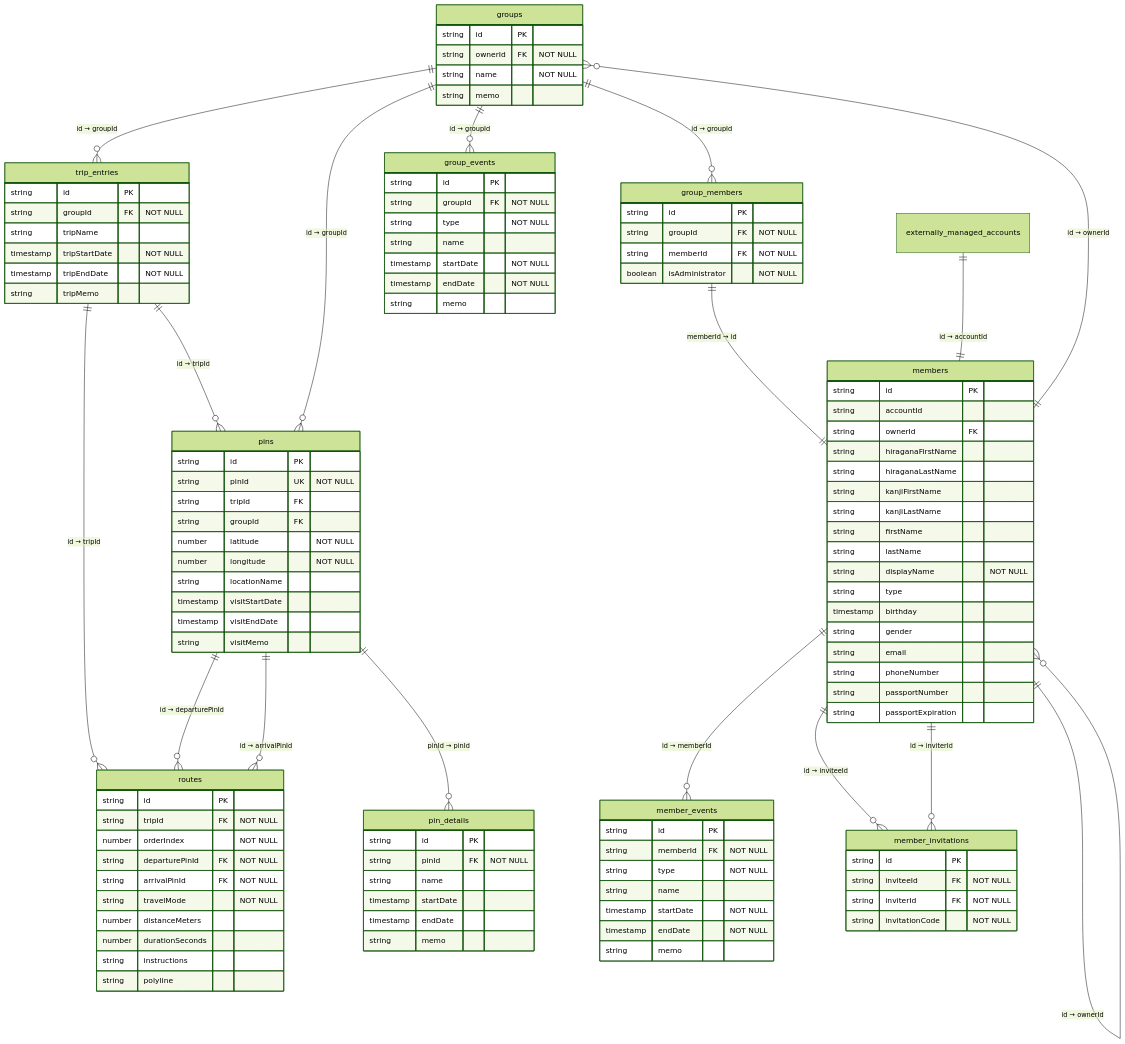
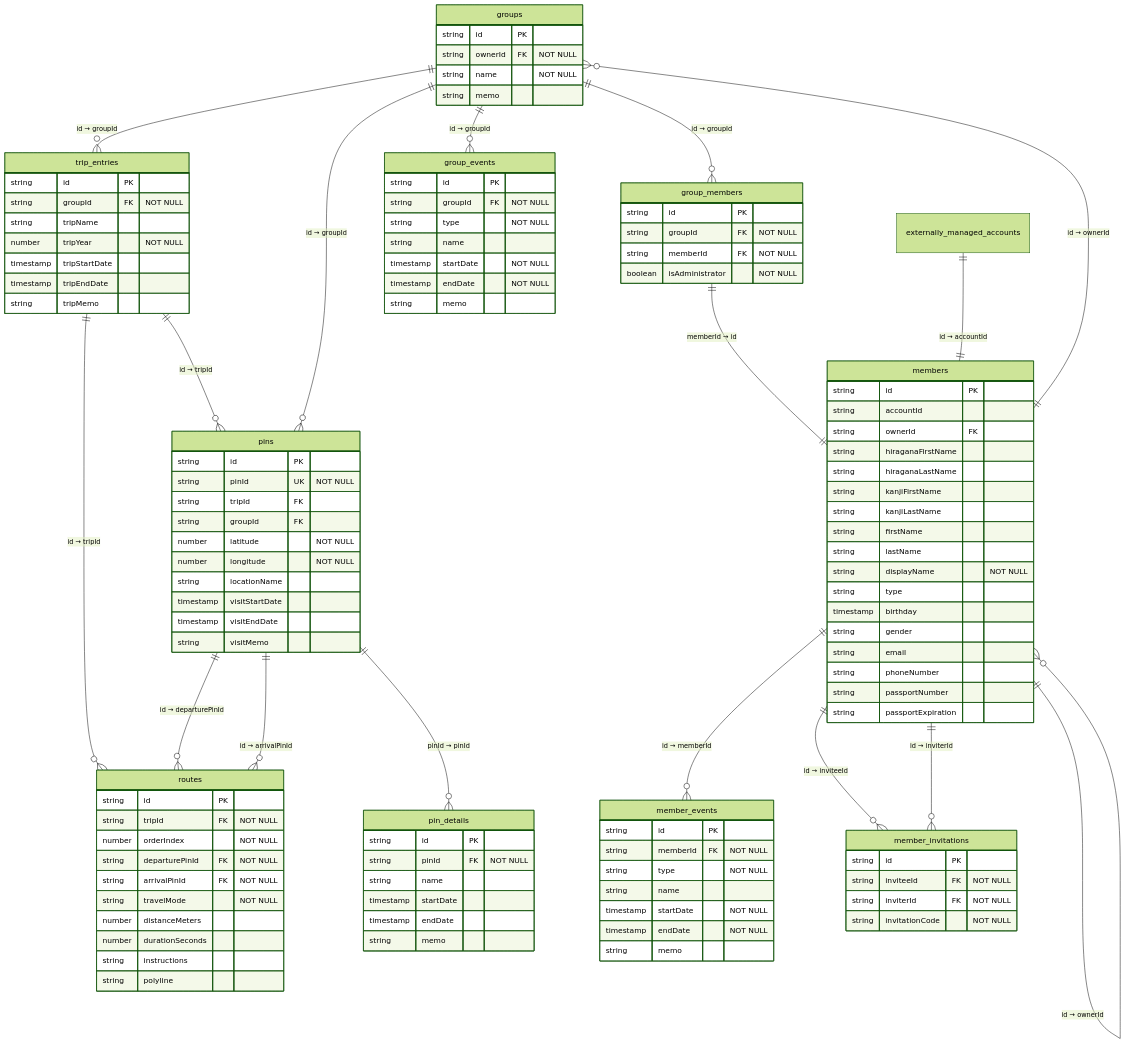
The diagram in docs/er_diagram.md (taka-016/memora), drawn with Mermaid (forest theme) before and after one commit. The commit also changed other lines of this file and 24 other files, not shown here.

Commit message:
feat(trip): support trip year based filtering

```diff
--- a/docs/er_diagram.md
+++ b/docs/er_diagram.md
@@ -6,8 +6,9 @@
         string id PK
         string groupId FK "NOT NULL"
         string tripName
-        timestamp tripStartDate "NOT NULL"
-        timestamp tripEndDate "NOT NULL"
+        number tripYear "NOT NULL"
+        timestamp tripStartDate
+        timestamp tripEndDate
         string tripMemo
     }
     pins {
```
